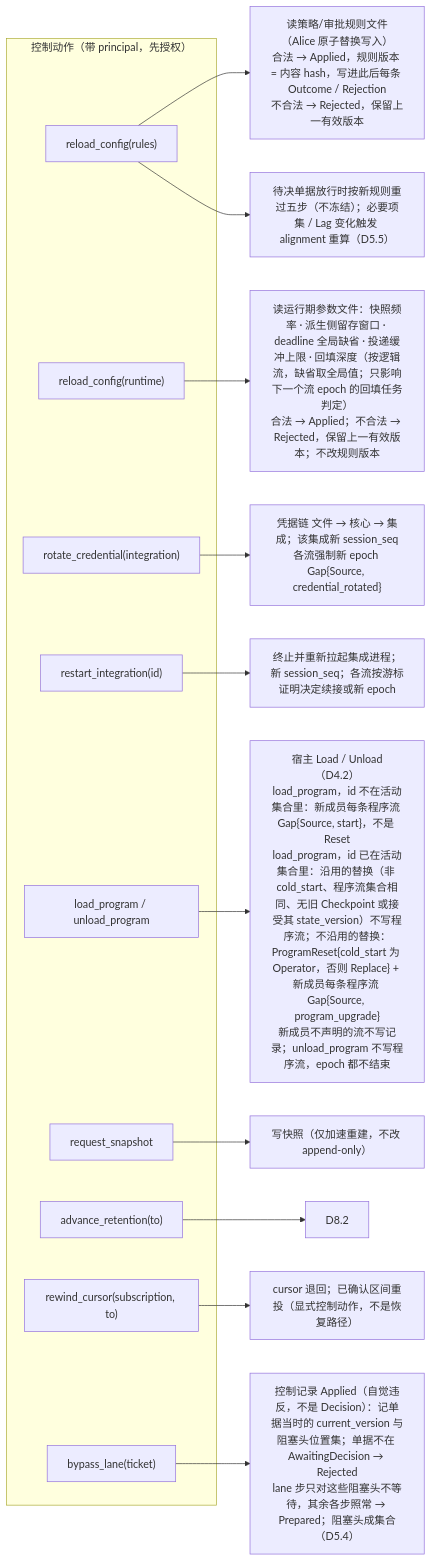
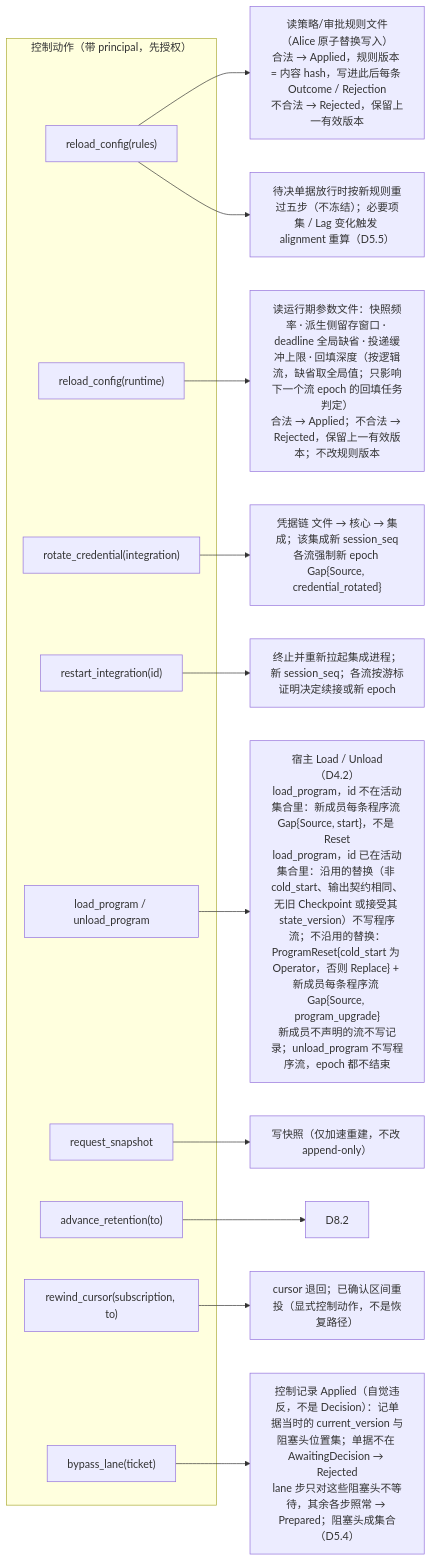
The fourth of 5 diagrams in design/diagrams/09-alice-session.md (mouriya-s-lab/uta), drawn with Mermaid before and after one commit. The commit also changed other lines of this file and 14 other files, not shown here.

````diff
--- a/design/diagrams/09-alice-session.md
+++ b/design/diagrams/09-alice-session.md
@@ -127,24 +127,24 @@
 ```mermaid
 flowchart LR
   subgraph ACT["控制动作（带 principal，先授权）"]
     A1["reload_config(rules)"]
     A1r["reload_config(runtime)"]
     A2["rotate_credential(integration)"]
     A3["restart_integration(id)"]
     A4["load_program / unload_program"]
     A5["request_snapshot"]
     A6["advance_retention(to)"]
     A7["rewind_cursor(subscription, to)"]
     A8["bypass_lane(ticket)"]
   end
   A1 --> F1["读策略/审批规则文件（Alice 原子替换写入）<br/>合法 → Applied，规则版本 = 内容 hash，写进此后每条 Outcome / Rejection<br/>不合法 → Rejected，保留上一有效版本"]
   A1 --> F1b["待决单据放行时按新规则重过五步（不冻结）；必要项集 / Lag 变化触发 alignment 重算（D5.5）"]
   A1r --> F1c["读运行期参数文件：快照频率 · 派生侧留存窗口 · deadline 全局缺省 · 投递缓冲上限 · 回填深度（按逻辑流，缺省取全局值；只影响下一个流 epoch 的回填任务判定）<br/>合法 → Applied；不合法 → Rejected，保留上一有效版本；不改规则版本"]
   A2 --> F2["凭据链 文件 → 核心 → 集成；该集成新 session_seq<br/>各流强制新 epoch Gap{Source, credential_rotated}"]
   A3 --> F3["终止并重新拉起集成进程；新 session_seq；各流按游标证明决定续接或新 epoch"]
-  A4 --> F4["宿主 Load / Unload（D4.2）<br/>load_program，id 不在活动集合里：新成员每条程序流 Gap{Source, start}，不是 Reset<br/>load_program，id 已在活动集合里：沿用的替换（非 cold_start、程序流集合相同、无旧 Checkpoint 或接受其 state_version）不写程序流；不沿用的替换：ProgramReset{cold_start 为 Operator，否则 Replace} + 新成员每条程序流 Gap{Source, program_upgrade}<br/>新成员不声明的流不写记录；unload_program 不写程序流，epoch 都不结束"]
+  A4 --> F4["宿主 Load / Unload（D4.2）<br/>load_program，id 不在活动集合里：新成员每条程序流 Gap{Source, start}，不是 Reset<br/>load_program，id 已在活动集合里：沿用的替换（非 cold_start、输出契约相同、无旧 Checkpoint 或接受其 state_version）不写程序流；不沿用的替换：ProgramReset{cold_start 为 Operator，否则 Replace} + 新成员每条程序流 Gap{Source, program_upgrade}<br/>新成员不声明的流不写记录；unload_program 不写程序流，epoch 都不结束"]
   A5 --> F5["写快照（仅加速重建，不改 append-only）"]
   A6 --> F6["D8.2"]
   A7 --> F7["cursor 退回；已确认区间重投（显式控制动作，不是恢复路径）"]
   A8 --> F8["控制记录 Applied（自觉违反，不是 Decision）：记单据当时的 current_version 与阻塞头位置集；单据不在 AwaitingDecision → Rejected<br/>lane 步只对这些阻塞头不等待，其余各步照常 → Prepared；阻塞头成集合（D5.4）"]
 ```
````
